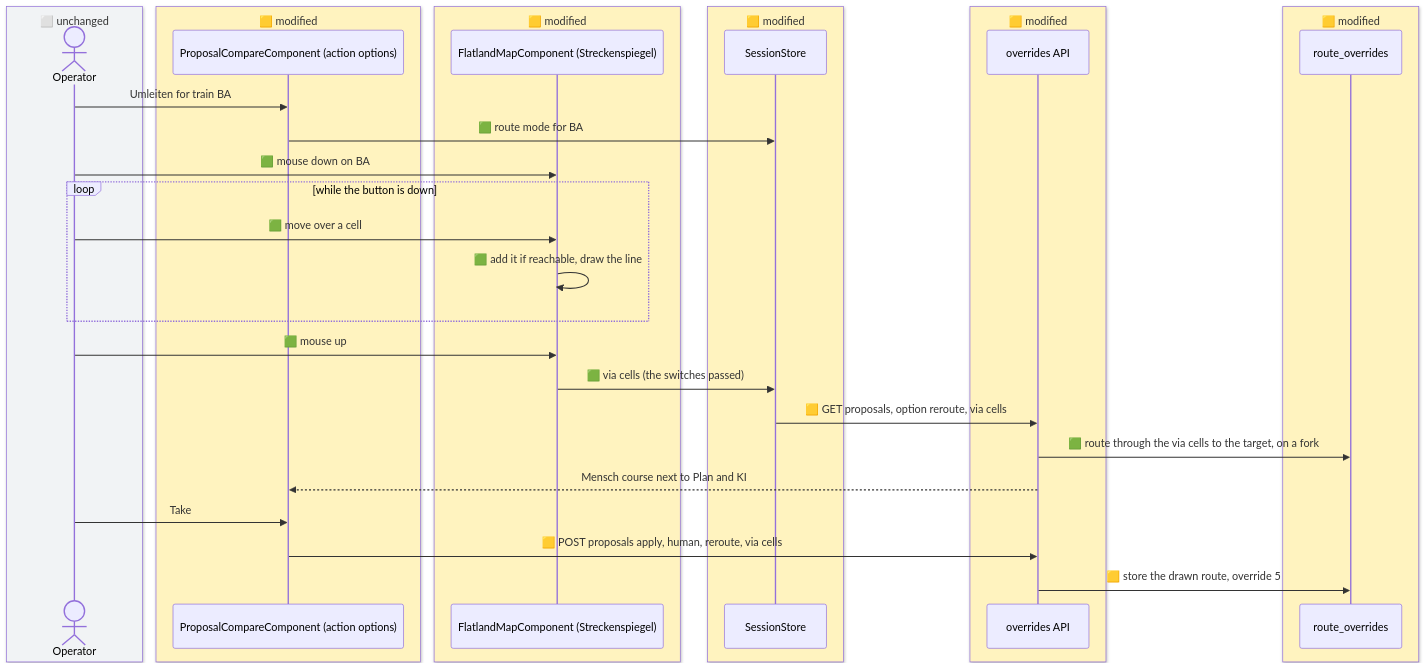
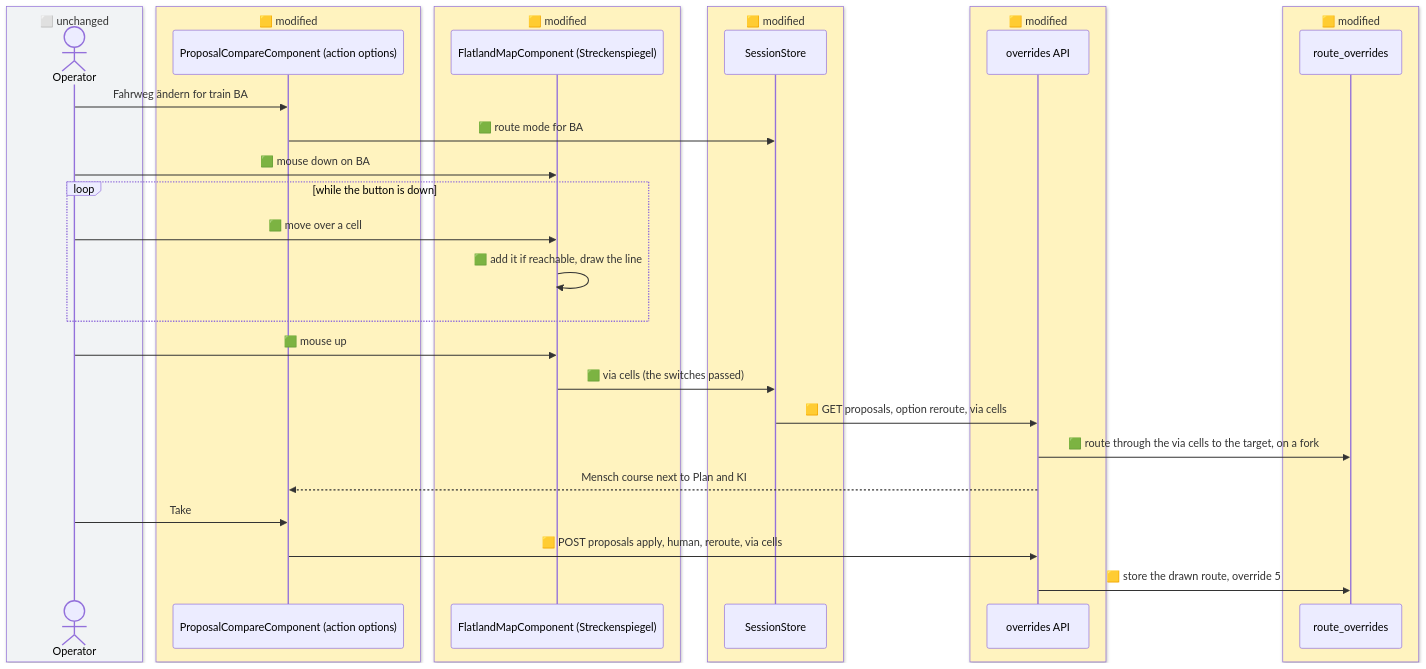
One commit to flatland-association/flatland-ui-hub changed the ninth of 18 diagrams in docs/plans/set-route-on-map.md. Above: the diagram before and after it, drawn with Mermaid. The commit also changed other lines of this file and 18 other files, not shown here.

````diff
--- a/docs/plans/set-route-on-map.md
+++ b/docs/plans/set-route-on-map.md
@@ -1092,36 +1099,36 @@
 ```mermaid
 sequenceDiagram
     box rgb(241,243,245) ⬜ unchanged
         actor U as Operator
     end
     box rgb(255,243,191) 🟨 modified
         participant PC as ProposalCompareComponent (action options)
     end
     box rgb(255,243,191) 🟨 modified
         participant MAP as FlatlandMapComponent (Streckenspiegel)
     end
     box rgb(255,243,191) 🟨 modified
         participant ST as SessionStore
     end
     box rgb(255,243,191) 🟨 modified
         participant API as overrides API
     end
     box rgb(255,243,191) 🟨 modified
         participant RO as route_overrides
     end
-    U->>PC: Umleiten for train BA
+    U->>PC: Fahrweg ändern for train BA
     PC->>ST: 🟩 route mode for BA
     U->>MAP: 🟩 mouse down on BA
     loop while the button is down
         U->>MAP: 🟩 move over a cell
         MAP->>MAP: 🟩 add it if reachable, draw the line
     end
     U->>MAP: 🟩 mouse up
     MAP->>ST: 🟩 via cells (the switches passed)
     ST->>API: 🟨 GET proposals, option reroute, via cells
     API->>RO: 🟩 route through the via cells to the target, on a fork
     API-->>PC: Mensch course next to Plan and KI
     U->>PC: Take
     PC->>API: 🟨 POST proposals apply, human, reroute, via cells
     API->>RO: 🟨 store the drawn route, override 5
 ```
````
